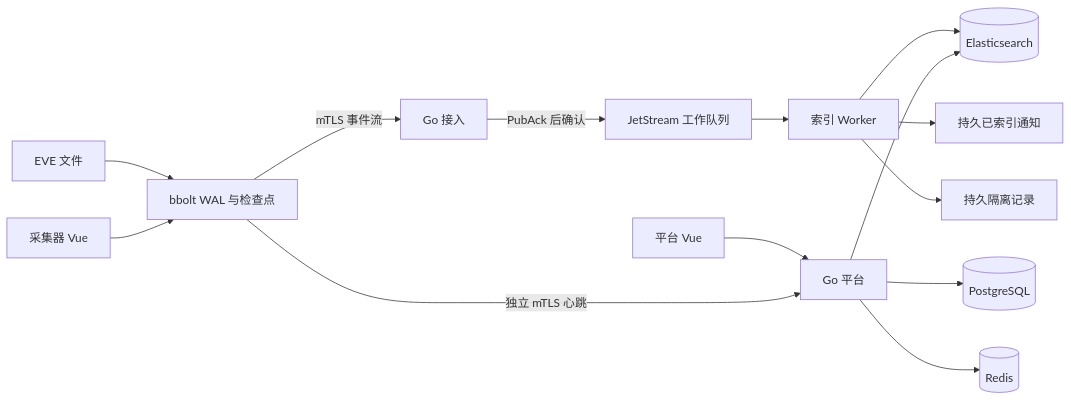
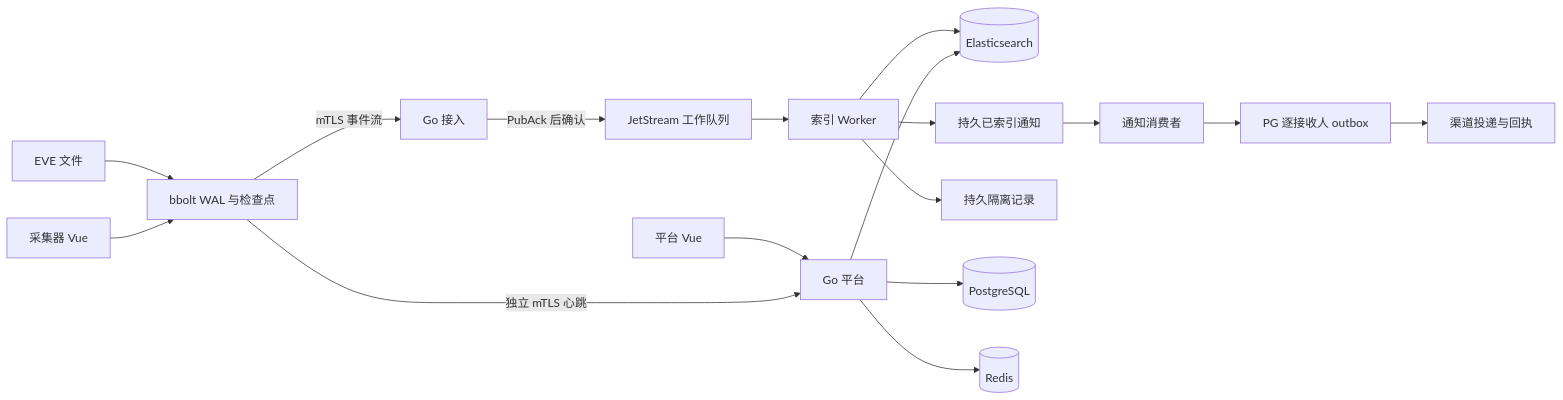
One commit to kkx600/StarBeacon changed the diagram in docs/工程实现与开发.md. Above: the diagram before and after it, drawn with Mermaid. The commit also changed other lines of this file and 746 other files, not shown here.

````diff
--- a/docs/工程实现与开发.md
+++ b/docs/工程实现与开发.md
@@ -53,16 +69,19 @@
 ```mermaid
 flowchart LR
   EVE[EVE 文件] --> WAL[bbolt WAL 与检查点]
   WAL -->|mTLS 事件流| ING[Go 接入]
   ING -->|PubAck 后确认| JS[JetStream 工作队列]
   JS --> WK[索引 Worker]
   WK --> ES[(Elasticsearch)]
   WK --> NOTICE[持久已索引通知]
+  NOTICE --> NOTIFY[通知消费者]
+  NOTIFY --> OUTBOX[PG 逐接收人 outbox]
+  OUTBOX --> SEND[渠道投递与回执]
   WK --> Q[持久隔离记录]
   WEB[平台 Vue] --> API[Go 平台]
   API --> PG[(PostgreSQL)]
   API --> ES
   API --> REDIS[(Redis)]
   WAL -->|独立 mTLS 心跳| API
   LOCAL[采集器 Vue] --> WAL
 ```
````
